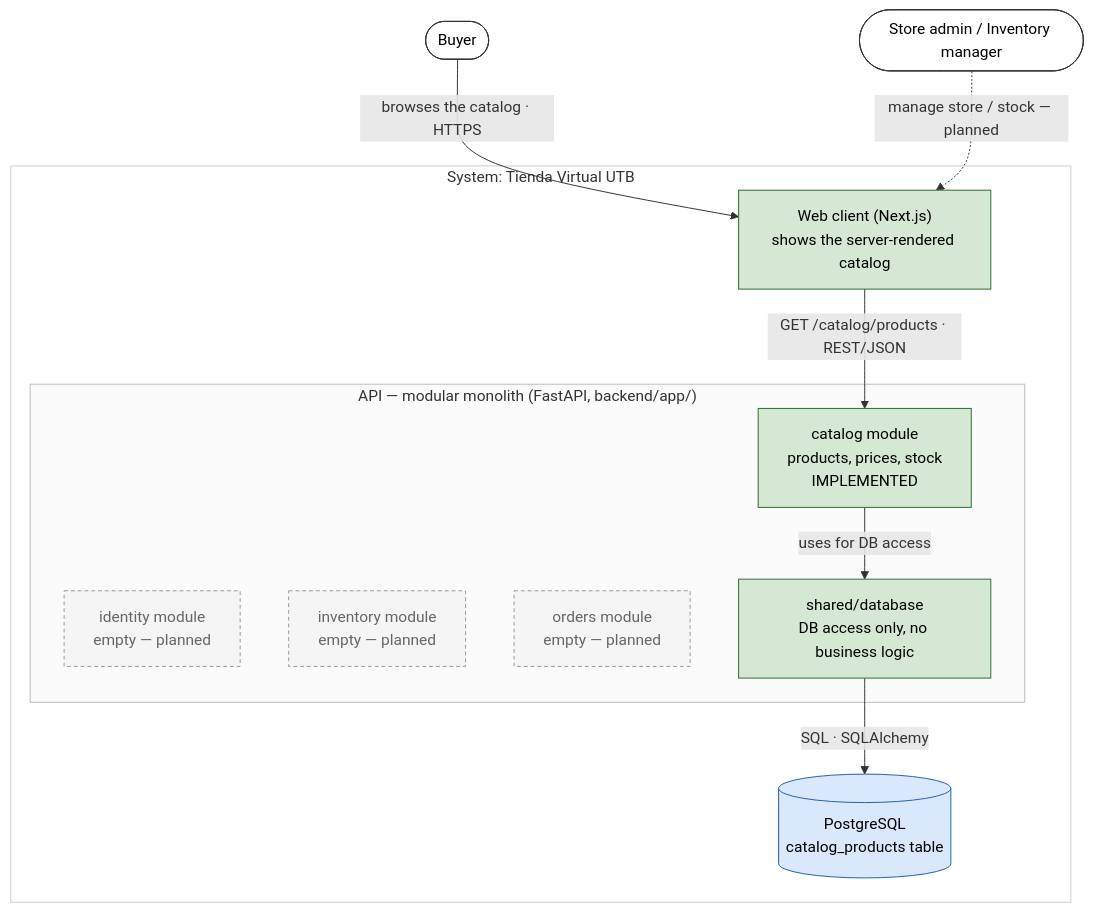
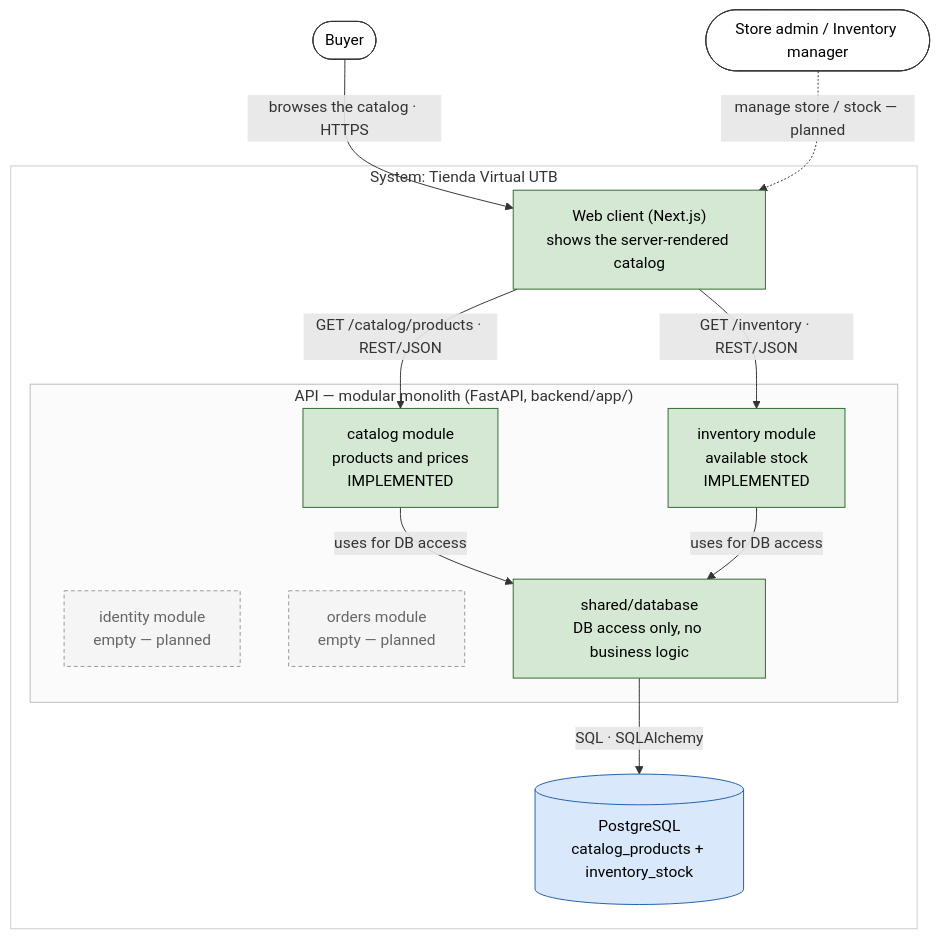
The second of 7 diagrams in docs/arc42/arc42-template-EN.md (ISCOUTB/AS_202620_TIENDA-VIRTUAL-UTB), drawn with Mermaid before and after one commit. The commit also changed other lines of this file and 34 other files, not shown here.

````diff
--- a/docs/arc42/arc42-template-EN.md
+++ b/docs/arc42/arc42-template-EN.md
@@ -235,30 +235,32 @@
 ```mermaid
 flowchart TB
     buyer([Buyer]):::actor
     staff([Store admin / Inventory manager]):::actor
 
     subgraph system["System: Tienda Virtual UTB"]
         web["Web client (Next.js)<br/>shows the server-rendered catalog"]:::impl
         subgraph api["API — modular monolith (FastAPI, backend/app/)"]
-            catalog["catalog module<br/>products, prices, stock<br/>IMPLEMENTED"]:::impl
+            catalog["catalog module<br/>products and prices<br/>IMPLEMENTED"]:::impl
             identity["identity module<br/>empty — planned"]:::todo
-            inventory["inventory module<br/>empty — planned"]:::todo
+            inventory["inventory module<br/>available stock<br/>IMPLEMENTED"]:::impl
             orders["orders module<br/>empty — planned"]:::todo
             shared["shared/database<br/>DB access only, no business logic"]:::impl
         end
-        db[("PostgreSQL<br/>catalog_products table")]:::data
+        db[("PostgreSQL<br/>catalog_products + inventory_stock")]:::data
     end
 
     buyer -->|"browses the catalog · HTTPS"| web
     staff -.->|"manage store / stock — planned"| web
     web -->|"GET /catalog/products · REST/JSON"| catalog
+    web -->|"GET /inventory · REST/JSON"| inventory
     catalog -->|"uses for DB access"| shared
+    inventory -->|"uses for DB access"| shared
     shared -->|"SQL · SQLAlchemy"| db
 
     classDef actor fill:#ffffff,stroke:#333333,color:#000000
     classDef impl fill:#d5e8d4,stroke:#2d6a2d,color:#000000
     classDef todo fill:#f5f5f5,stroke:#999999,color:#666666,stroke-dasharray:4 3
     classDef data fill:#dae8fc,stroke:#1f5fa8,color:#000000
     style system fill:#ffffff,stroke:#cccccc
     style api fill:#fbfbfb,stroke:#bbbbbb
 ```
````
